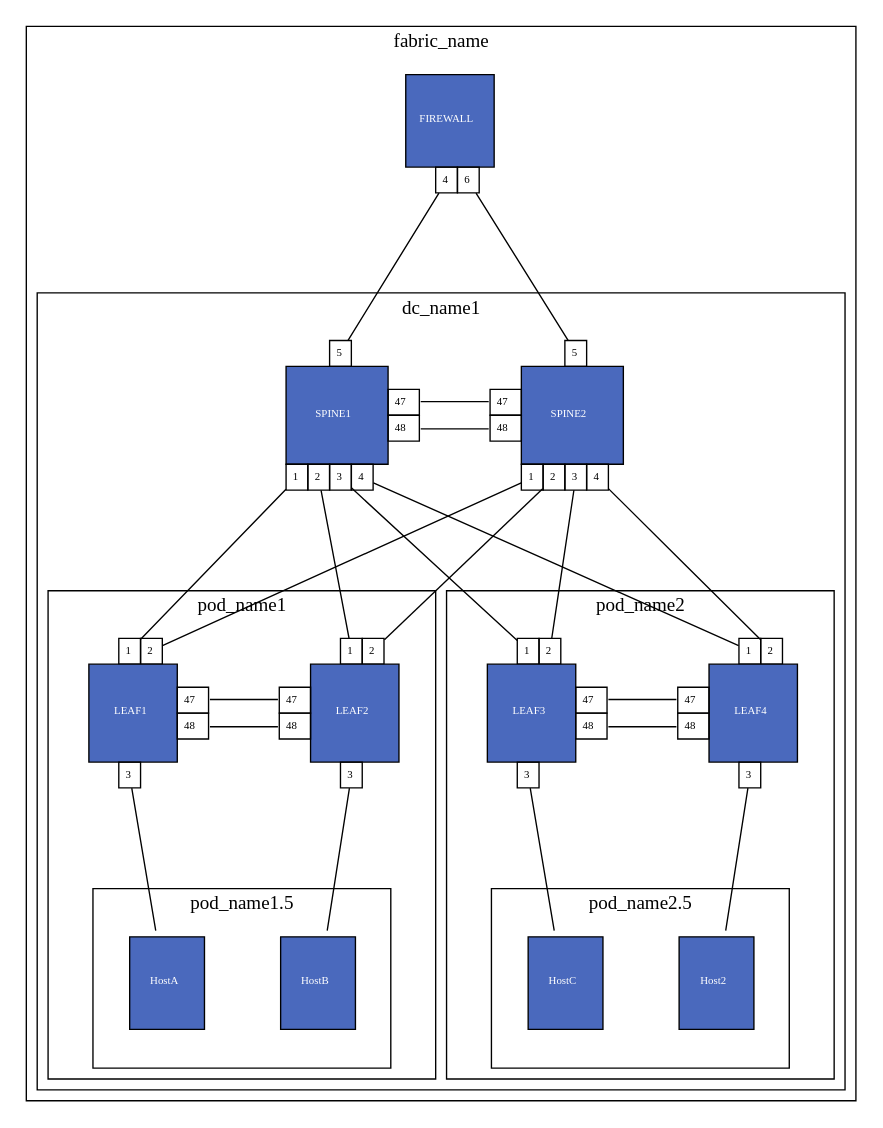
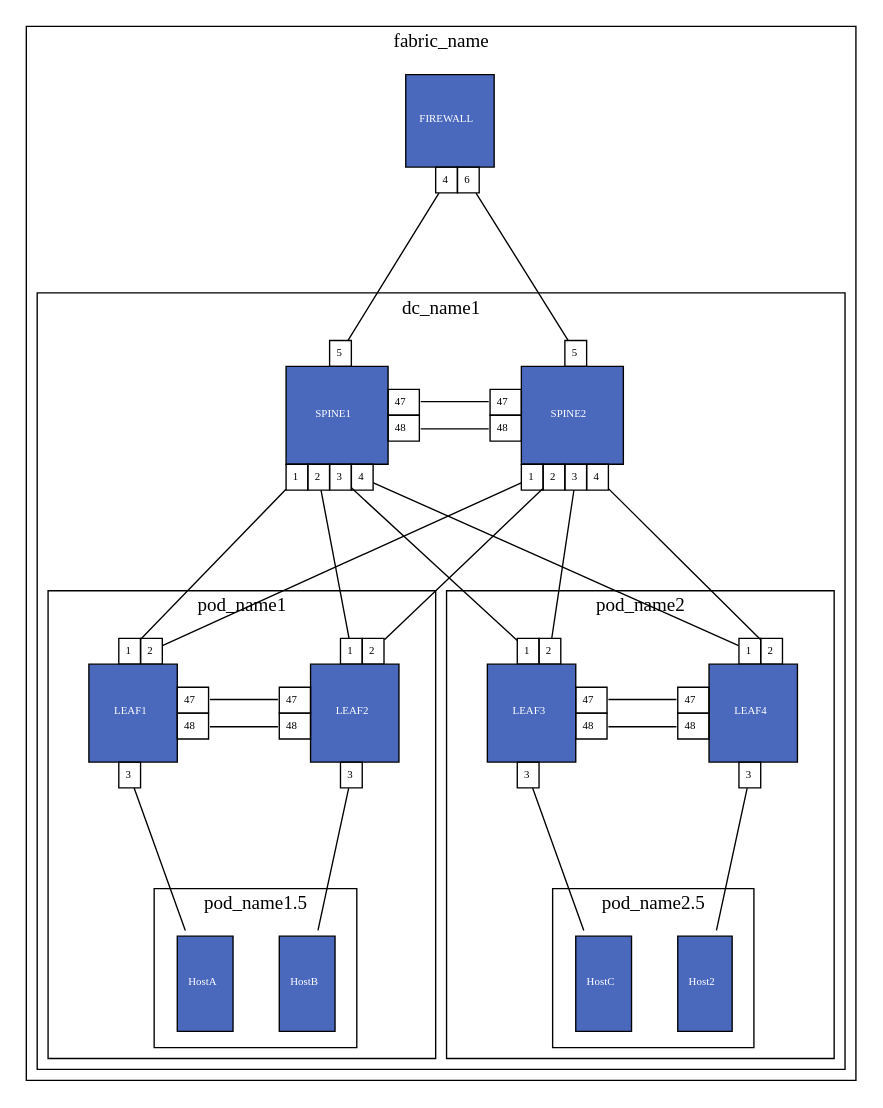
Before and after one commit to KonikaChaurasiya-GSLab/ansible-avd: the diagram in ansible_collections/arista/avd/roles/topology_generator/tasks/topology.gv, drawn with Graphviz. The commit also changed 2 other files, not shown here.

```diff
--- a/ansible_collections/arista/avd/roles/topology_generator/tasks/topology.gv
+++ b/ansible_collections/arista/avd/roles/topology_generator/tasks/topology.gv
@@ -1,85 +1,85 @@
 graph parent {
 	graph [splines=line]
 	node [fontsize=" 8pt" shape=plaintext]
 	edge [center=true concentrate=true fontname=arial fontsize=6 labelfloat=false minlen=2]
 	rank=min
 	ranksep=0.7
 	subgraph cluster_child_fabric_name {
 		label=fabric_name
 		labelloc=t
 		{
 			rank=same
 			FIREWALL [label=<<TABLE BORDER="0" CELLBORDER="1" CELLSPACING="0" CELLPADDING="4"><TR><TD  BORDER="0" > </TD><TD BGCOLOR="#4a69bd" COLSPAN="5" ROWSPAN="4"> <FONT COLOR="#ffffff">FIREWALL</FONT> </TD><TD  BORDER="0" > </TD></TR><TR> <TD  BORDER="0" > </TD><TD BORDER="0" > </TD> </TR><TR> <TD  BORDER="0" > </TD><TD BORDER="0" > </TD> </TR><TR> <TD  BORDER="0" > </TD><TD BORDER="0" > </TD> </TR><TR><TD BORDER="0" > </TD><TD BORDER="0" > </TD><TD BORDER="0" > </TD><TD PORT="4">4</TD><TD PORT="6">6</TD><TD BORDER="0" > </TD><TD BORDER="0" > </TD></TR></TABLE>>]
 		}
 		ranksep=0.7
 		subgraph cluster_child_dc_name1 {
 			label=dc_name1
 			labelloc=t
 			{
 				rank=same
 				SPINE1 [label=<<TABLE BORDER="0" CELLBORDER="1" CELLSPACING="0" CELLPADDING="4"><TR><TD BORDER="0" > </TD><TD BORDER="0" > </TD><TD BORDER="0" > </TD><TD PORT="5">5</TD><TD BORDER="0" > </TD><TD BORDER="0" > </TD><TD BORDER="0" > </TD></TR><TR><TD  BORDER="0" >  </TD><TD BGCOLOR="#4a69bd" COLSPAN="5" ROWSPAN="4"> <FONT COLOR="#ffffff">SPINE1</FONT> </TD><TD BORDER="0" > </TD></TR><TR> <TD BORDER="0" > </TD> <TD PORT="47" > 47</TD></TR><TR> <TD BORDER="0" > </TD> <TD PORT="48" > 48</TD></TR><TR> <TD  BORDER="0" > </TD><TD BORDER="0" > </TD> </TR><TR><TD BORDER="0" > </TD><TD PORT="1">1</TD><TD PORT="2">2</TD><TD PORT="3">3</TD><TD PORT="4">4</TD><TD BORDER="0" > </TD><TD BORDER="0" > </TD></TR></TABLE>>]
 				SPINE2 [label=<<TABLE BORDER="0" CELLBORDER="1" CELLSPACING="0" CELLPADDING="4"><TR><TD BORDER="0" > </TD><TD BORDER="0" > </TD><TD BORDER="0" > </TD><TD PORT="5">5</TD><TD BORDER="0" > </TD><TD BORDER="0" > </TD><TD BORDER="0" > </TD></TR><TR><TD BORDER="0" > </TD><TD BGCOLOR="#4a69bd" COLSPAN="5" ROWSPAN="4"> <FONT COLOR="#ffffff">SPINE2</FONT> </TD><TD  BORDER="0" > </TD></TR><TR> <TD PORT="47" > 47</TD><TD BORDER="0" > </TD> </TR><TR> <TD PORT="48" > 48</TD><TD BORDER="0" > </TD> </TR><TR> <TD  BORDER="0" > </TD><TD BORDER="0" > </TD> </TR><TR><TD BORDER="0" > </TD><TD PORT="1">1</TD><TD PORT="2">2</TD><TD PORT="3">3</TD><TD PORT="4">4</TD><TD BORDER="0" > </TD><TD BORDER="0" > </TD></TR></TABLE>>]
 			}
 			ranksep=0.7
 			subgraph cluster_child_pod_name1 {
 				label=pod_name1
 				labelloc=t
 				{
 					rank=same
 					LEAF1 [label=<<TABLE BORDER="0" CELLBORDER="1" CELLSPACING="0" CELLPADDING="4"><TR><TD BORDER="0" > </TD><TD BORDER="0" > </TD><TD BORDER="0" > </TD><TD PORT="1">1</TD><TD PORT="2">2</TD><TD BORDER="0" > </TD><TD BORDER="0" > </TD></TR><TR><TD  BORDER="0" >  </TD><TD BGCOLOR="#4a69bd" COLSPAN="5" ROWSPAN="4"> <FONT COLOR="#ffffff">LEAF1</FONT> </TD><TD BORDER="0" > </TD></TR><TR> <TD BORDER="0" > </TD> <TD PORT="47" > 47</TD></TR><TR> <TD BORDER="0" > </TD> <TD PORT="48" > 48</TD></TR><TR> <TD  BORDER="0" > </TD><TD BORDER="0" > </TD> </TR><TR><TD BORDER="0" > </TD><TD BORDER="0" > </TD><TD BORDER="0" > </TD><TD PORT="3">3</TD><TD BORDER="0" > </TD><TD BORDER="0" > </TD><TD BORDER="0" > </TD></TR></TABLE>>]
 					LEAF2 [label=<<TABLE BORDER="0" CELLBORDER="1" CELLSPACING="0" CELLPADDING="4"><TR><TD BORDER="0" > </TD><TD BORDER="0" > </TD><TD BORDER="0" > </TD><TD PORT="1">1</TD><TD PORT="2">2</TD><TD BORDER="0" > </TD><TD BORDER="0" > </TD></TR><TR><TD BORDER="0" > </TD><TD BGCOLOR="#4a69bd" COLSPAN="5" ROWSPAN="4"> <FONT COLOR="#ffffff">LEAF2</FONT> </TD><TD  BORDER="0" > </TD></TR><TR> <TD PORT="47" > 47</TD><TD BORDER="0" > </TD> </TR><TR> <TD PORT="48" > 48</TD><TD BORDER="0" > </TD> </TR><TR> <TD  BORDER="0" > </TD><TD BORDER="0" > </TD> </TR><TR><TD BORDER="0" > </TD><TD BORDER="0" > </TD><TD BORDER="0" > </TD><TD PORT="3">3</TD><TD BORDER="0" > </TD><TD BORDER="0" > </TD><TD BORDER="0" > </TD></TR></TABLE>>]
 				}
 				ranksep=0.7
 				subgraph "cluster_child_pod_name1.5" {
 					label="pod_name1.5"
 					labelloc=t
 					{
 						rank=same
-						HostA [label=<<TABLE BORDER="0" CELLBORDER="1" CELLSPACING="0" CELLPADDING="4"><TR><TD  BORDER="0" > </TD><TD BGCOLOR="#4a69bd" COLSPAN="5" ROWSPAN="4"> <FONT COLOR="#ffffff">HostA</FONT> </TD><TD  BORDER="0" > </TD></TR><TR> <TD  BORDER="0" > </TD><TD BORDER="0" > </TD> </TR><TR> <TD  BORDER="0" > </TD><TD BORDER="0" > </TD> </TR><TR> <TD  BORDER="0" > </TD><TD BORDER="0" > </TD> </TR><TR><TD BORDER="0" > </TD><TD BORDER="0" > </TD><TD BORDER="0" > </TD><TD BORDER="0" > </TD><TD BORDER="0" > </TD><TD BORDER="0" > </TD><TD BORDER="0" > </TD></TR></TABLE>>]
-						HostB [label=<<TABLE BORDER="0" CELLBORDER="1" CELLSPACING="0" CELLPADDING="4"><TR><TD  BORDER="0" > </TD><TD BGCOLOR="#4a69bd" COLSPAN="5" ROWSPAN="4"> <FONT COLOR="#ffffff">HostB</FONT> </TD><TD  BORDER="0" > </TD></TR><TR> <TD  BORDER="0" > </TD><TD BORDER="0" > </TD> </TR><TR> <TD  BORDER="0" > </TD><TD BORDER="0" > </TD> </TR><TR> <TD  BORDER="0" > </TD><TD BORDER="0" > </TD> </TR><TR><TD BORDER="0" > </TD><TD BORDER="0" > </TD><TD BORDER="0" > </TD><TD BORDER="0" > </TD><TD BORDER="0" > </TD><TD BORDER="0" > </TD><TD BORDER="0" > </TD></TR></TABLE>>]
+						HostA [label=<<TABLE BORDER="0" CELLBORDER="1" CELLSPACING="0" CELLPADDING="4"><TR><TD BGCOLOR="#4a69bd" HEIGHT="70" WIDTH="40"> <FONT COLOR="#ffffff">HostA</FONT> </TD></TR></TABLE>>]
+						HostB [label=<<TABLE BORDER="0" CELLBORDER="1" CELLSPACING="0" CELLPADDING="4"><TR><TD BGCOLOR="#4a69bd" HEIGHT="70" WIDTH="40"> <FONT COLOR="#ffffff">HostB</FONT> </TD></TR></TABLE>>]
 					}
 				}
 			}
 			ranksep=0.7
 			subgraph cluster_child_pod_name2 {
 				label=pod_name2
 				labelloc=t
 				{
 					rank=same
 					LEAF3 [label=<<TABLE BORDER="0" CELLBORDER="1" CELLSPACING="0" CELLPADDING="4"><TR><TD BORDER="0" > </TD><TD BORDER="0" > </TD><TD BORDER="0" > </TD><TD PORT="1">1</TD><TD PORT="2">2</TD><TD BORDER="0" > </TD><TD BORDER="0" > </TD></TR><TR><TD  BORDER="0" >  </TD><TD BGCOLOR="#4a69bd" COLSPAN="5" ROWSPAN="4"> <FONT COLOR="#ffffff">LEAF3</FONT> </TD><TD BORDER="0" > </TD></TR><TR> <TD BORDER="0" > </TD> <TD PORT="47" > 47</TD></TR><TR> <TD BORDER="0" > </TD> <TD PORT="48" > 48</TD></TR><TR> <TD  BORDER="0" > </TD><TD BORDER="0" > </TD> </TR><TR><TD BORDER="0" > </TD><TD BORDER="0" > </TD><TD BORDER="0" > </TD><TD PORT="3">3</TD><TD BORDER="0" > </TD><TD BORDER="0" > </TD><TD BORDER="0" > </TD></TR></TABLE>>]
 					LEAF4 [label=<<TABLE BORDER="0" CELLBORDER="1" CELLSPACING="0" CELLPADDING="4"><TR><TD BORDER="0" > </TD><TD BORDER="0" > </TD><TD BORDER="0" > </TD><TD PORT="1">1</TD><TD PORT="2">2</TD><TD BORDER="0" > </TD><TD BORDER="0" > </TD></TR><TR><TD BORDER="0" > </TD><TD BGCOLOR="#4a69bd" COLSPAN="5" ROWSPAN="4"> <FONT COLOR="#ffffff">LEAF4</FONT> </TD><TD  BORDER="0" > </TD></TR><TR> <TD PORT="47" > 47</TD><TD BORDER="0" > </TD> </TR><TR> <TD PORT="48" > 48</TD><TD BORDER="0" > </TD> </TR><TR> <TD  BORDER="0" > </TD><TD BORDER="0" > </TD> </TR><TR><TD BORDER="0" > </TD><TD BORDER="0" > </TD><TD BORDER="0" > </TD><TD PORT="3">3</TD><TD BORDER="0" > </TD><TD BORDER="0" > </TD><TD BORDER="0" > </TD></TR></TABLE>>]
 				}
 				ranksep=0.7
 				subgraph "cluster_child_pod_name2.5" {
 					label="pod_name2.5"
 					labelloc=t
 					{
 						rank=same
-						HostC [label=<<TABLE BORDER="0" CELLBORDER="1" CELLSPACING="0" CELLPADDING="4"><TR><TD  BORDER="0" > </TD><TD BGCOLOR="#4a69bd" COLSPAN="5" ROWSPAN="4"> <FONT COLOR="#ffffff">HostC</FONT> </TD><TD  BORDER="0" > </TD></TR><TR> <TD  BORDER="0" > </TD><TD BORDER="0" > </TD> </TR><TR> <TD  BORDER="0" > </TD><TD BORDER="0" > </TD> </TR><TR> <TD  BORDER="0" > </TD><TD BORDER="0" > </TD> </TR><TR><TD BORDER="0" > </TD><TD BORDER="0" > </TD><TD BORDER="0" > </TD><TD BORDER="0" > </TD><TD BORDER="0" > </TD><TD BORDER="0" > </TD><TD BORDER="0" > </TD></TR></TABLE>>]
-						Host2 [label=<<TABLE BORDER="0" CELLBORDER="1" CELLSPACING="0" CELLPADDING="4"><TR><TD  BORDER="0" > </TD><TD BGCOLOR="#4a69bd" COLSPAN="5" ROWSPAN="4"> <FONT COLOR="#ffffff">Host2</FONT> </TD><TD  BORDER="0" > </TD></TR><TR> <TD  BORDER="0" > </TD><TD BORDER="0" > </TD> </TR><TR> <TD  BORDER="0" > </TD><TD BORDER="0" > </TD> </TR><TR> <TD  BORDER="0" > </TD><TD BORDER="0" > </TD> </TR><TR><TD BORDER="0" > </TD><TD BORDER="0" > </TD><TD BORDER="0" > </TD><TD BORDER="0" > </TD><TD BORDER="0" > </TD><TD BORDER="0" > </TD><TD BORDER="0" > </TD></TR></TABLE>>]
+						HostC [label=<<TABLE BORDER="0" CELLBORDER="1" CELLSPACING="0" CELLPADDING="4"><TR><TD BGCOLOR="#4a69bd" HEIGHT="70" WIDTH="40"> <FONT COLOR="#ffffff">HostC</FONT> </TD></TR></TABLE>>]
+						Host2 [label=<<TABLE BORDER="0" CELLBORDER="1" CELLSPACING="0" CELLPADDING="4"><TR><TD BGCOLOR="#4a69bd" HEIGHT="70" WIDTH="40"> <FONT COLOR="#ffffff">Host2</FONT> </TD></TR></TABLE>>]
 					}
 				}
 			}
 		}
 	}
 	FIREWALL:4 -- SPINE1:5
 	FIREWALL:6 -- SPINE2:5
 	SPINE2:47 -- SPINE1:47
 	SPINE2:48 -- SPINE1:48
 	SPINE2:1 -- LEAF1:2
 	SPINE2:2 -- LEAF2:2
 	SPINE2:3 -- LEAF3:2
 	SPINE2:4 -- LEAF4:2
 	SPINE1:1 -- LEAF1:1
 	SPINE1:2 -- LEAF2:1
 	SPINE1:3 -- LEAF3:1
 	SPINE1:4 -- LEAF4:1
 	LEAF1:47 -- LEAF2:47
 	LEAF1:48 -- LEAF2:48
 	LEAF1:3 -- HostA
 	LEAF2:3 -- HostB
 	LEAF3:47 -- LEAF4:47
 	LEAF3:48 -- LEAF4:48
 	LEAF3:3 -- HostC
 	LEAF4:3 -- Host2
 }
```
